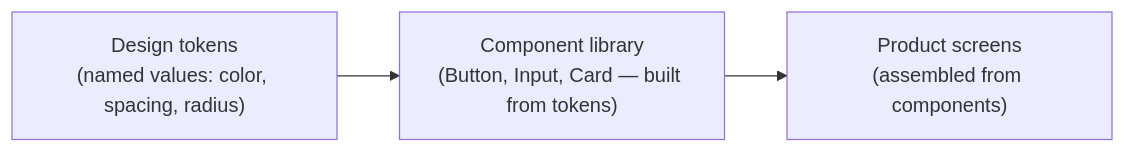
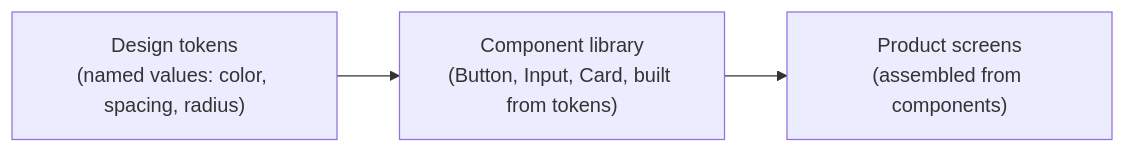
Before and after one commit to francoandreDev/knowledge: the diagram in src/content/design/design-systems/L1-summary.mdx, drawn with Mermaid. The commit also changed other lines of this file and 16 other files, not shown here.

````diff
--- a/src/content/design/design-systems/L1-summary.mdx
+++ b/src/content/design/design-systems/L1-summary.mdx
@@ -73,5 +82,5 @@
 ```mermaid
 flowchart LR
-    Tokens["Design tokens\n(named values: color, spacing, radius)"] --> Components["Component library\n(Button, Input, Card — built from tokens)"]
+    Tokens["Design tokens\n(named values: color, spacing, radius)"] --> Components["Component library\n(Button, Input, Card, built from tokens)"]
     Components --> Screens["Product screens\n(assembled from components)"]
 ```
````
